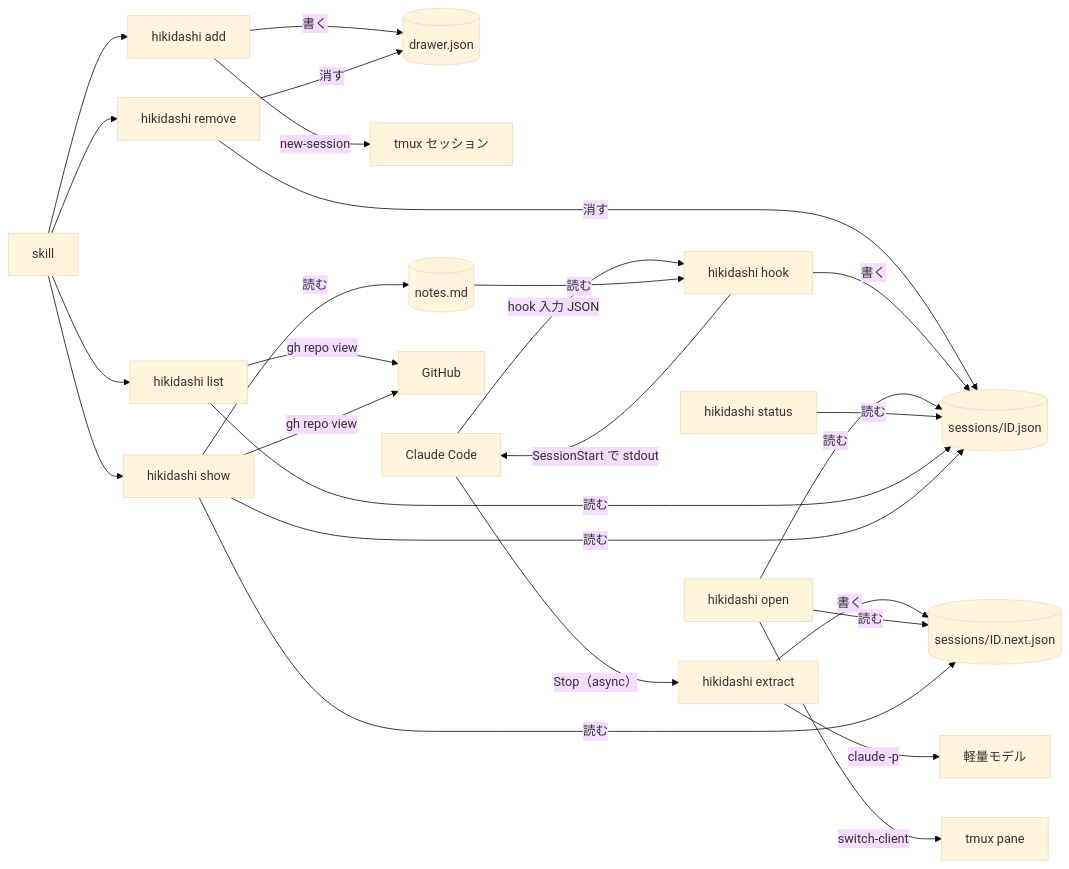
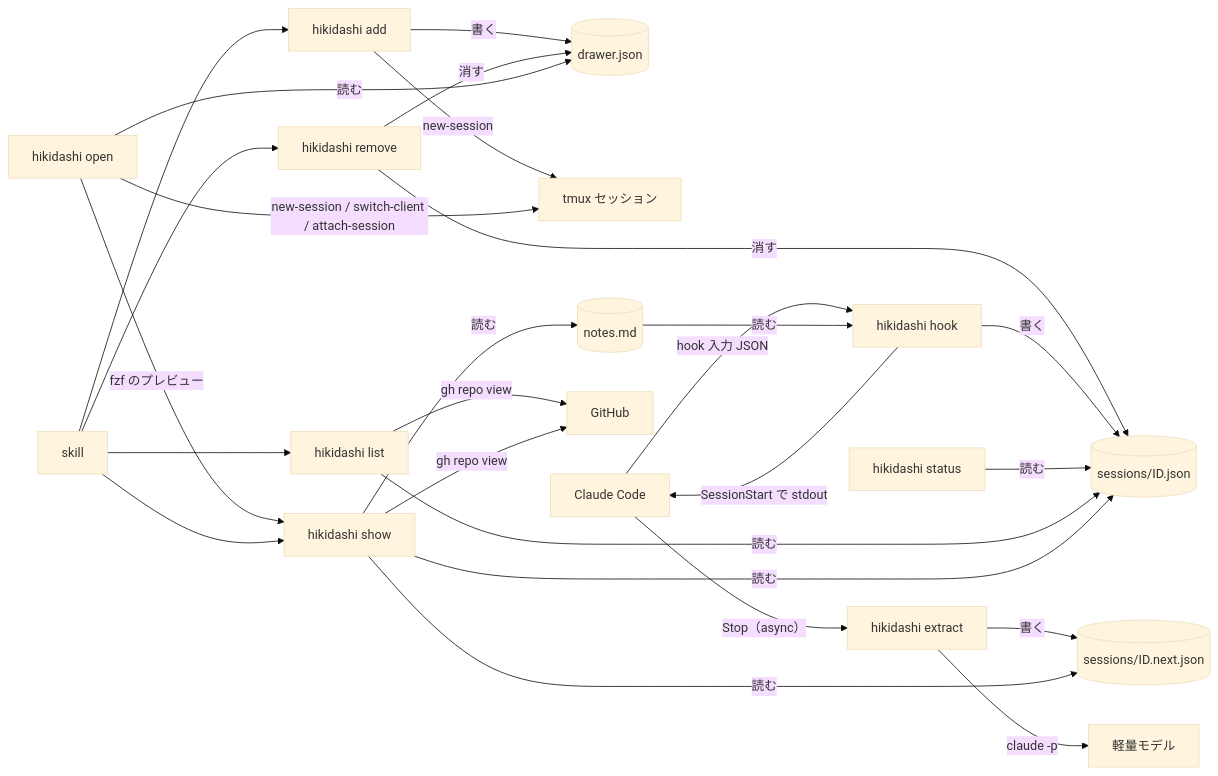
Before and after one commit to douhashi/hikidashi: the first of 2 diagrams in docs/development/architecture.md, drawn with Mermaid (base theme). The commit also changed other lines of this file and 22 other files, not shown here.

First line of the commit message:
feat(open): open を案件の tmux セッションを開くコマンドにする (#42)

````diff
--- a/docs/development/architecture.md
+++ b/docs/development/architecture.md
@@ -39,28 +39,28 @@
 ```mermaid
 flowchart LR
   AD[hikidashi add] -- 書く --> D[(drawer.json)]
   AD -- new-session --> TS[tmux セッション]
   RM[hikidashi remove] -- 消す --> D
   RM -- 消す --> S
   CC[Claude Code] -- hook 入力 JSON --> H[hikidashi hook]
   CC -- Stop（async） --> X[hikidashi extract]
   H -- 書く --> S[(sessions/ID.json)]
   H -- SessionStart で stdout --> CC
   N[(notes.md)] -- 読む --> H
   X -- claude -p --> M[軽量モデル]
   X -- 書く --> A[(sessions/ID.next.json)]
-  O[hikidashi open] -- 読む --> S
-  O -- 読む --> A
-  O -- switch-client --> T[tmux pane]
+  O[hikidashi open] -- 読む --> D
+  O -- new-session / switch-client / attach-session --> TS
+  O -- fzf のプレビュー --> SH
   ST[hikidashi status] -- 読む --> S
   LS[hikidashi list] -- 読む --> S
   LS -- gh repo view --> GH
   SH[hikidashi show] -- 読む --> S
   SH -- 読む --> A
   SH -- 読む --> N
   SH -- gh repo view --> GH[GitHub]
   SK[skill] --> AD
   SK --> LS
   SK --> SH
   SK --> RM
 ```
````
